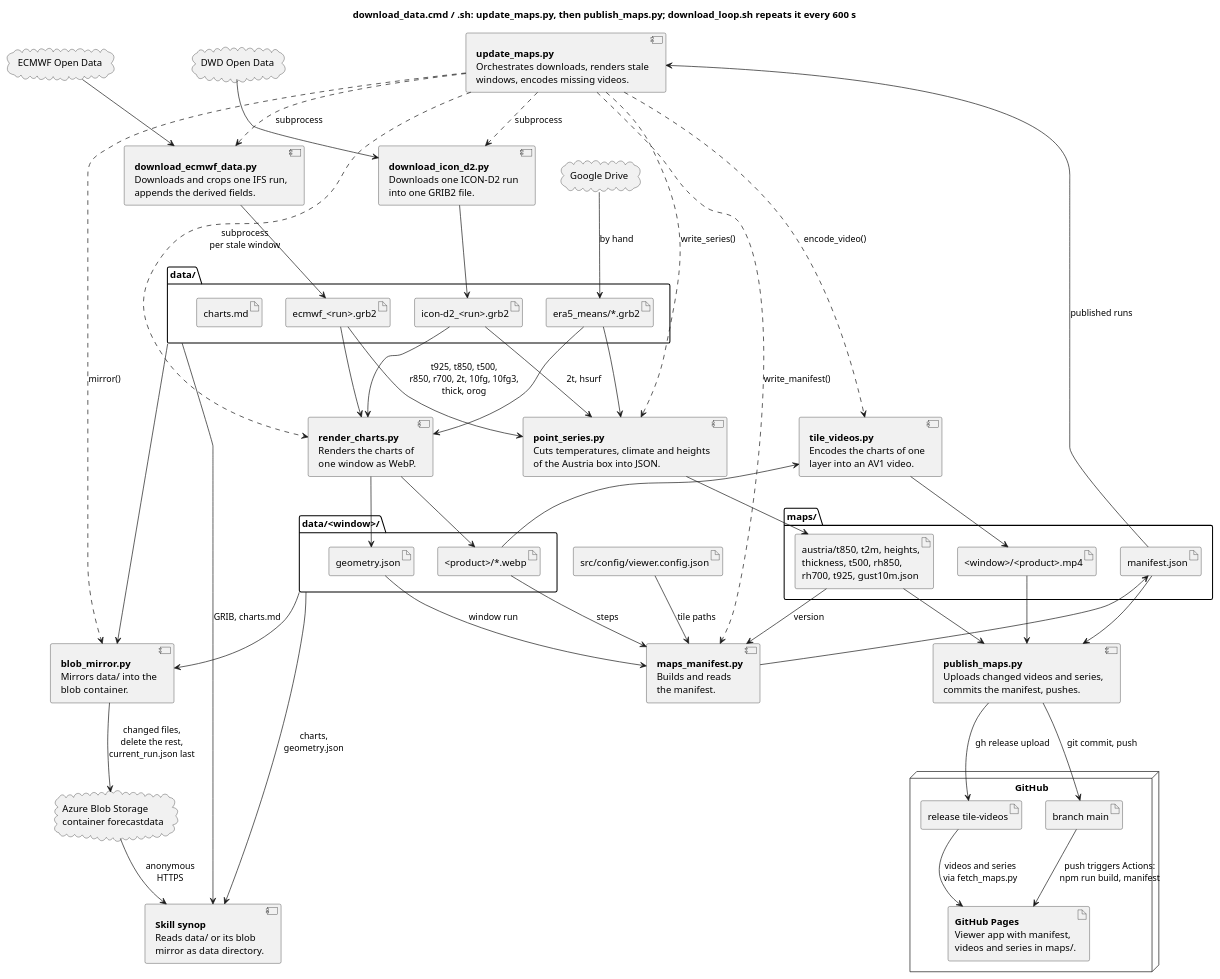
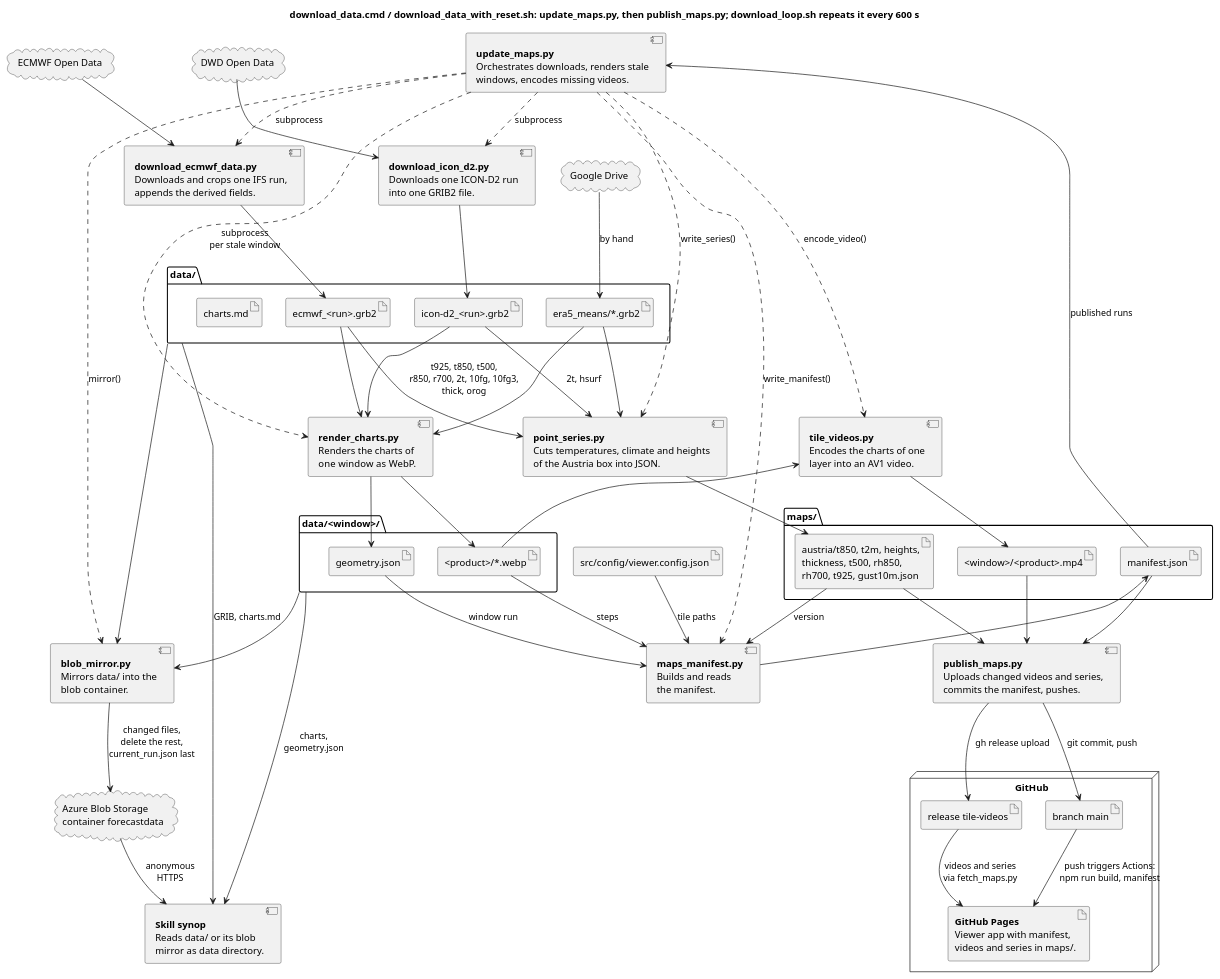
One commit to schletz/wetterkartenviewer changed the first of 5 diagrams in REFERENCE.scripts.md. Above: the diagram before and after it, drawn with PlantUML. The commit also changed other lines of this file and 4 other files, not shown here.

First line of the commit message:
Rename download_data.sh to download_data_with_reset.sh, reset without asking

````diff
--- a/REFERENCE.scripts.md
+++ b/REFERENCE.scripts.md
@@ -32,6 +32,6 @@
 ```plantuml
 @startuml pipeline
-title download_data.cmd / .sh: update_maps.py, then publish_maps.py; download_loop.sh repeats it every 600 s
+title download_data.cmd / download_data_with_reset.sh: update_maps.py, then publish_maps.py; download_loop.sh repeats it every 600 s
 cloud "ECMWF Open Data" as ecmwf
 cloud "DWD Open Data" as dwd
 cloud "Google Drive" as gdrive
````
